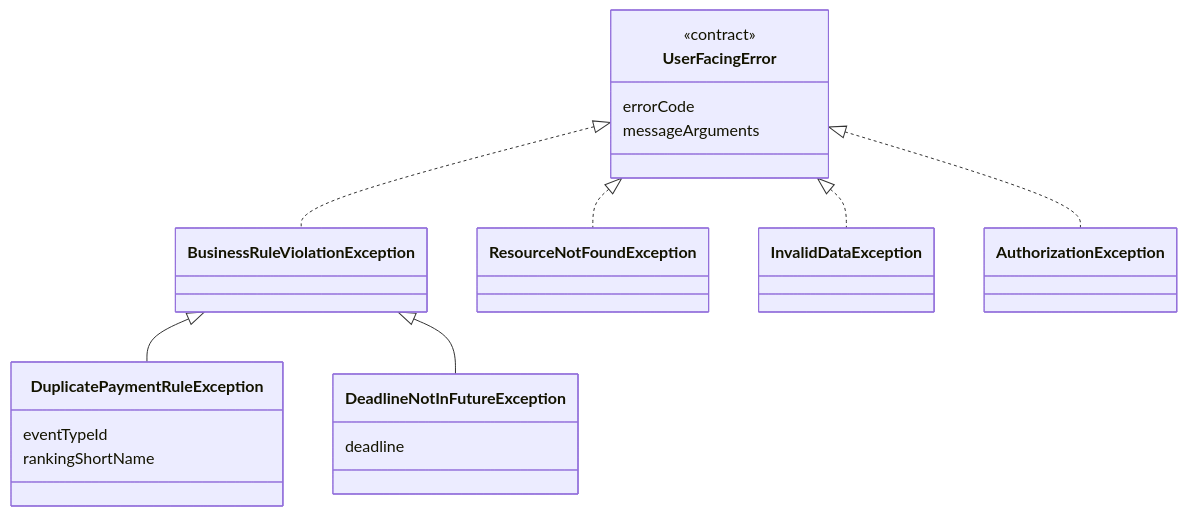
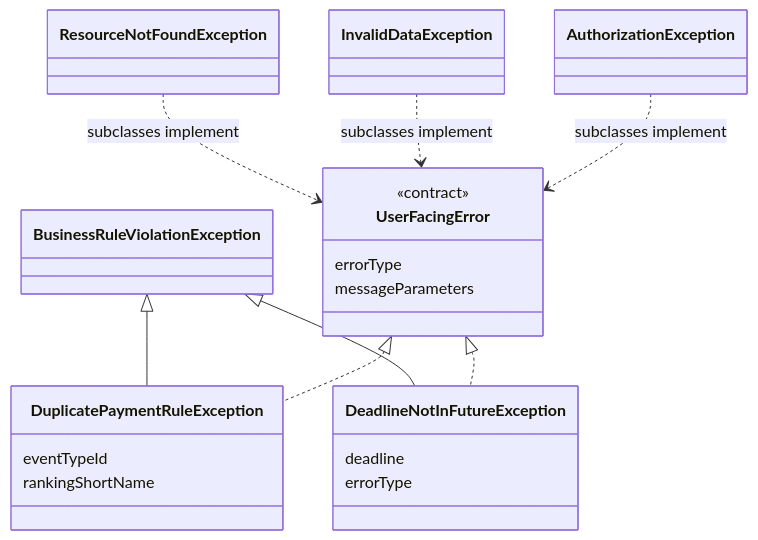
Before and after one commit to zabiny/klabis: the first of 3 diagrams in openspec/changes/show-error-messages-in-czech/design.md, drawn with Mermaid. The commit also changed other lines of this file and 11 other files, not shown here.

````diff
--- a/openspec/changes/show-error-messages-in-czech/design.md
+++ b/openspec/changes/show-error-messages-in-czech/design.md
@@ -83,25 +121,27 @@
 ```mermaid
 classDiagram
     class UserFacingError {
         <<contract>>
-        errorCode
-        messageArguments
+        errorType
+        messageParameters
     }
     class BusinessRuleViolationException
     class ResourceNotFoundException
     class InvalidDataException
     class AuthorizationException
     class DuplicatePaymentRuleException {
         eventTypeId
         rankingShortName
     }
     class DeadlineNotInFutureException {
         deadline
+        errorType
     }
-    UserFacingError <|.. BusinessRuleViolationException
-    UserFacingError <|.. ResourceNotFoundException
-    UserFacingError <|.. InvalidDataException
-    UserFacingError <|.. AuthorizationException
     BusinessRuleViolationException <|-- DuplicatePaymentRuleException
     BusinessRuleViolationException <|-- DeadlineNotInFutureException
+    UserFacingError <|.. DuplicatePaymentRuleException
+    UserFacingError <|.. DeadlineNotInFutureException
+    ResourceNotFoundException ..> UserFacingError : subclasses implement
+    InvalidDataException ..> UserFacingError : subclasses implement
+    AuthorizationException ..> UserFacingError : subclasses implement
 ```
````
